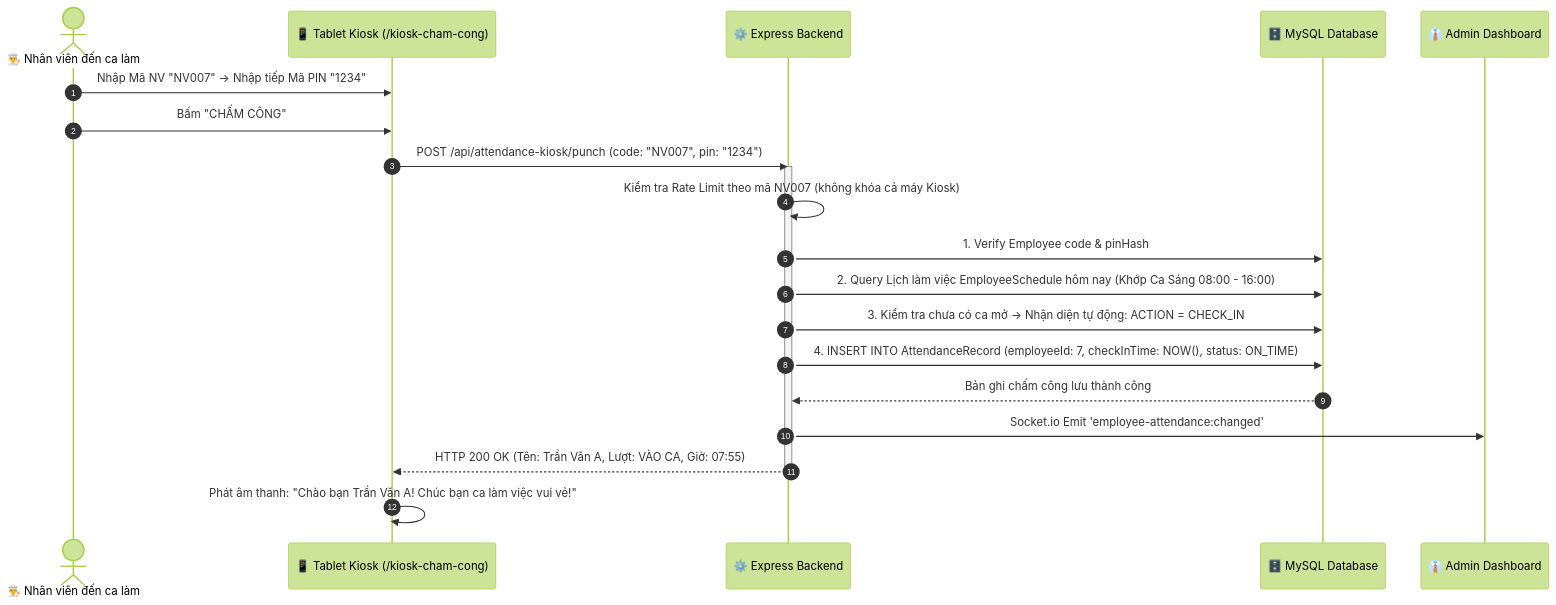
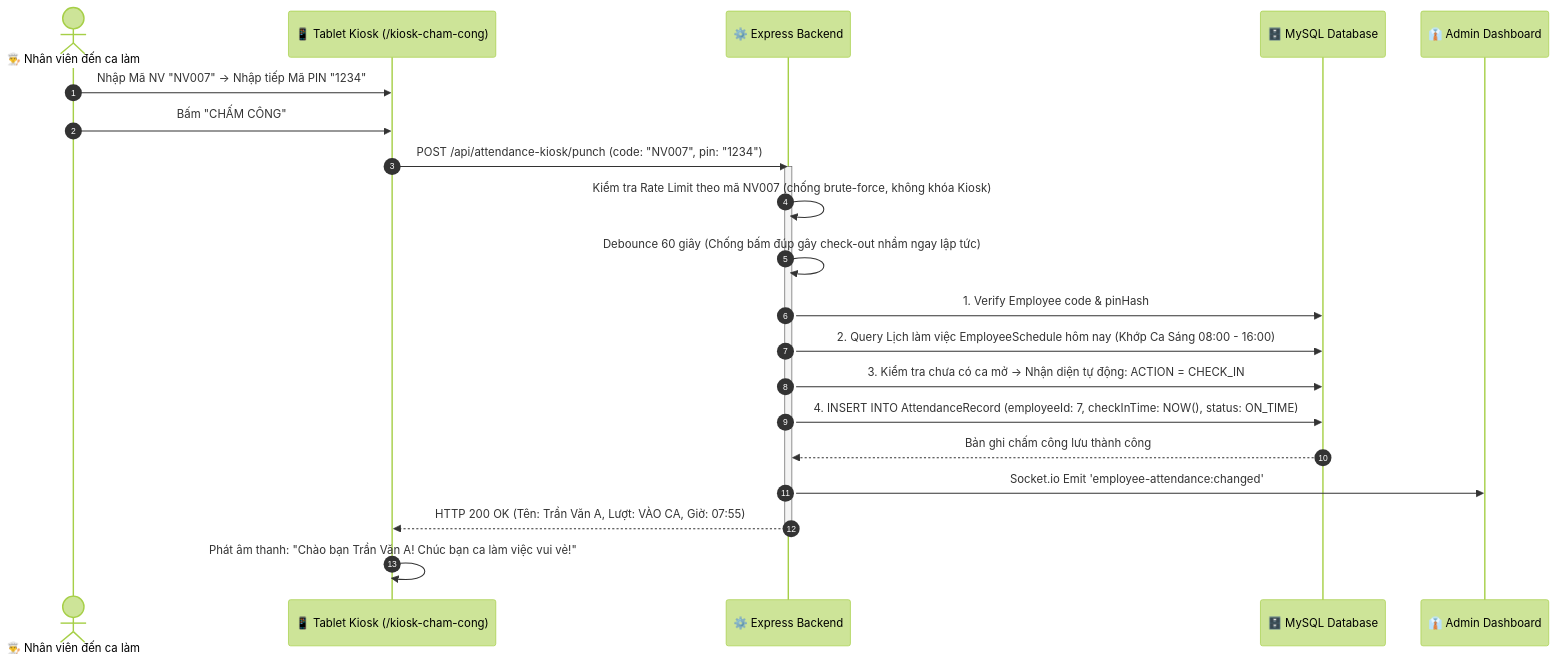
One commit to luongviettienns/WebAppQuanLyNhaHang changed the seventh of 9 diagrams in CHUC_NANG_VA_THAO_TAC_NGUOI_DUNG.md. Above: the diagram before and after it, drawn with Mermaid (forest theme). The commit also changed other lines of this file and 1 other file, not shown here.

````diff
--- a/CHUC_NANG_VA_THAO_TAC_NGUOI_DUNG.md
+++ b/CHUC_NANG_VA_THAO_TAC_NGUOI_DUNG.md
@@ -822,27 +966,28 @@
 ```mermaid
 sequenceDiagram
     autonumber
     actor Staff as 👨‍🍳 Nhân viên đến ca làm
     participant Kiosk as 📱 Tablet Kiosk (/kiosk-cham-cong)
     participant Server as ⚙️ Express Backend
     participant DB as 🗄️ MySQL Database
     participant Admin as 👔 Admin Dashboard
 
     Staff->>Kiosk: Nhập Mã NV "NV007" -> Nhập tiếp Mã PIN "1234"
     Staff->>Kiosk: Bấm "CHẤM CÔNG"
     Kiosk->>Server: POST /api/attendance-kiosk/punch (code: "NV007", pin: "1234")
     activate Server
 
-    Server->>Server: Kiểm tra Rate Limit theo mã NV007 (không khóa cả máy Kiosk)
+    Server->>Server: Kiểm tra Rate Limit theo mã NV007 (chống brute-force, không khóa Kiosk)
+    Server->>Server: Debounce 60 giây (Chống bấm đúp gây check-out nhầm ngay lập tức)
     Server->>DB: 1. Verify Employee code & pinHash
     Server->>DB: 2. Query Lịch làm việc EmployeeSchedule hôm nay (Khớp Ca Sáng 08:00 - 16:00)
     Server->>DB: 3. Kiểm tra chưa có ca mở -> Nhận diện tự động: ACTION = CHECK_IN
     Server->>DB: 4. INSERT INTO AttendanceRecord (employeeId: 7, checkInTime: NOW(), status: ON_TIME)
     DB-->>Server: Bản ghi chấm công lưu thành công
 
     Server->>Admin: Socket.io Emit 'employee-attendance:changed'
     Server-->>Kiosk: HTTP 200 OK (Tên: Trần Văn A, Lượt: VÀO CA, Giờ: 07:55)
     deactivate Server
 
     Kiosk->>Kiosk: Phát âm thanh: "Chào bạn Trần Văn A! Chúc bạn ca làm việc vui vẻ!"
 ```
````
